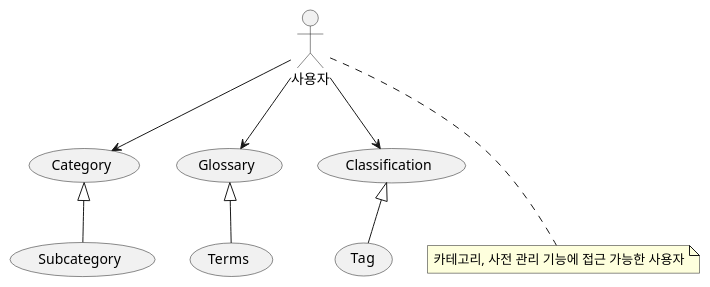
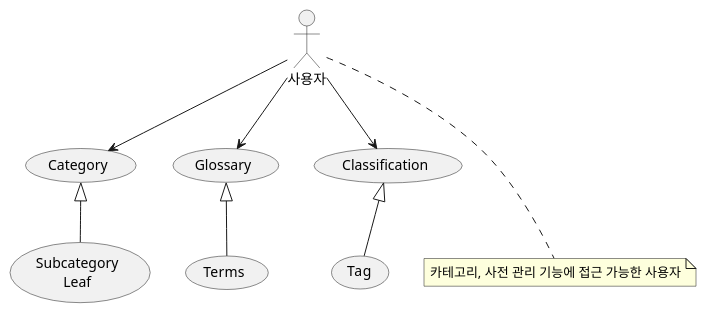
Before and after one commit to DataFabricTech/DataFabricPlatform: the first of 5 diagrams in docs/arch/metadata_server/classification-tag.md, drawn with PlantUML. The commit also changed other lines of this file and 2 other files, not shown here.

````diff
--- a/docs/arch/metadata_server/classification-tag.md
+++ b/docs/arch/metadata_server/classification-tag.md
@@ -58,22 +77,22 @@
 ```plantuml
 @startuml
 :사용자: as user
 
 usecase "Category" as category
 usecase "Glossary" as glossary
 usecase "Classification" as classification
 user --> category
 user --> glossary
 user --> classification
 
-usecase "Subcategory" as subcategory
+usecase "Subcategory\nLeaf" as subcategory
 category <|-- subcategory
 usecase "Tag" as tag
 classification <|-- tag
 usecase "Terms" as terms
 glossary <|-- terms
 
 note "카테고리, 사전 관리 기능에 접근 가능한 사용자" as note_auth
 user ... note_auth
 @enduml
 ```
````
